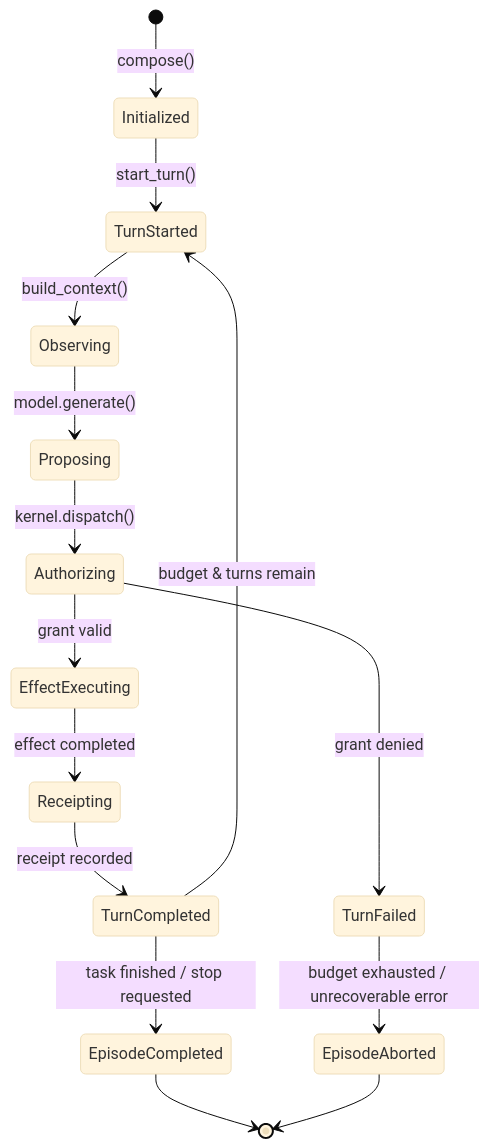
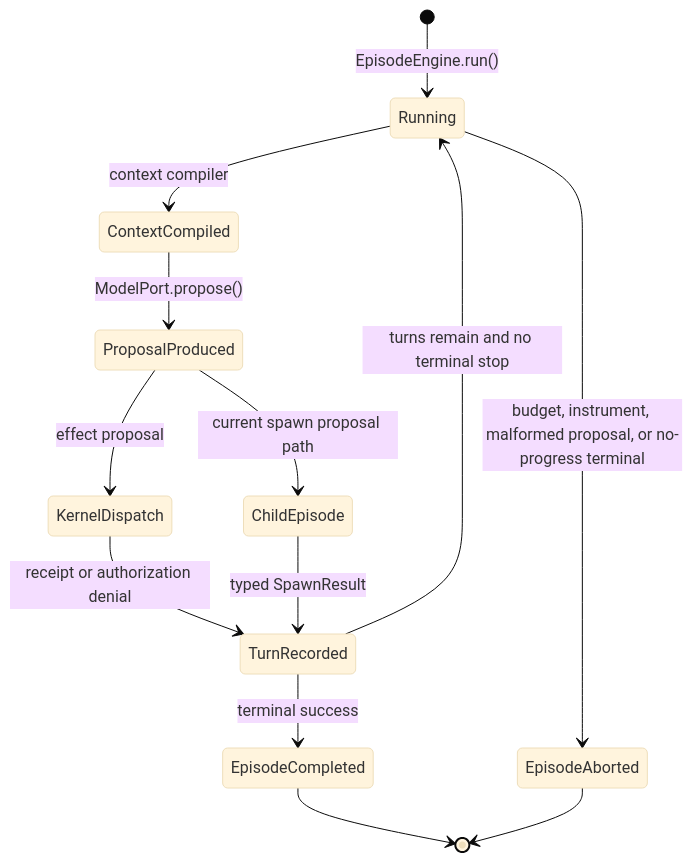
Before and after one commit to brainopensource/cognitive-framework: the first of 2 diagrams in docs/architecture/state_machines.md, drawn with Mermaid (base theme). The commit also changed other lines of this file and 27 other files, not shown here.

````diff
--- a/docs/architecture/state_machines.md
+++ b/docs/architecture/state_machines.md
@@ -33,17 +34,15 @@
 ```mermaid
 stateDiagram-v2
-    [*] --> Initialized: compose()
-    Initialized --> TurnStarted: start_turn()
-    TurnStarted --> Observing: build_context()
-    Observing --> Proposing: model.generate()
-    Proposing --> Authorizing: kernel.dispatch()
-    Authorizing --> EffectExecuting: grant valid
-    Authorizing --> TurnFailed: grant denied
-    EffectExecuting --> Receipting: effect completed
-    Receipting --> TurnCompleted: receipt recorded
-    TurnCompleted --> TurnStarted: budget & turns remain
-    TurnCompleted --> EpisodeCompleted: task finished / stop requested
-    TurnFailed --> EpisodeAborted: budget exhausted / unrecoverable error
+    [*] --> Running: EpisodeEngine.run()
+    Running --> ContextCompiled: context compiler
+    ContextCompiled --> ProposalProduced: ModelPort.propose()
+    ProposalProduced --> ChildEpisode: current spawn proposal path
+    ProposalProduced --> KernelDispatch: effect proposal
+    KernelDispatch --> TurnRecorded: receipt or authorization denial
+    ChildEpisode --> TurnRecorded: typed SpawnResult
+    TurnRecorded --> Running: turns remain and no terminal stop
+    TurnRecorded --> EpisodeCompleted: terminal success
+    Running --> EpisodeAborted: budget, instrument, malformed proposal, or no-progress terminal
     EpisodeCompleted --> [*]
     EpisodeAborted --> [*]
 ```
````
